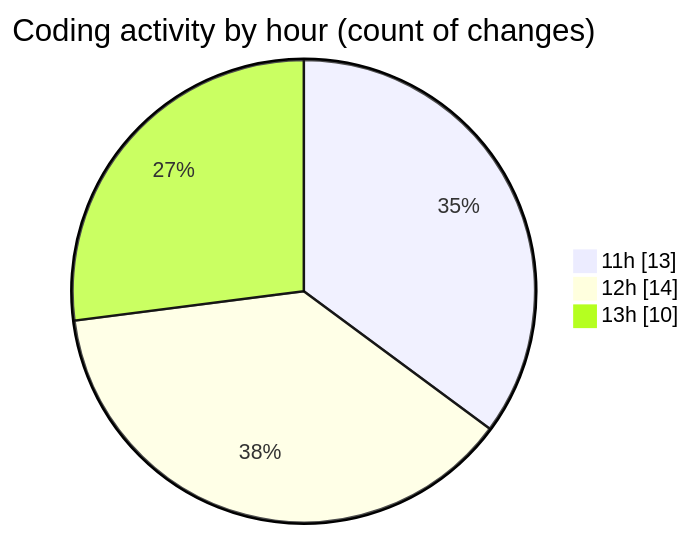
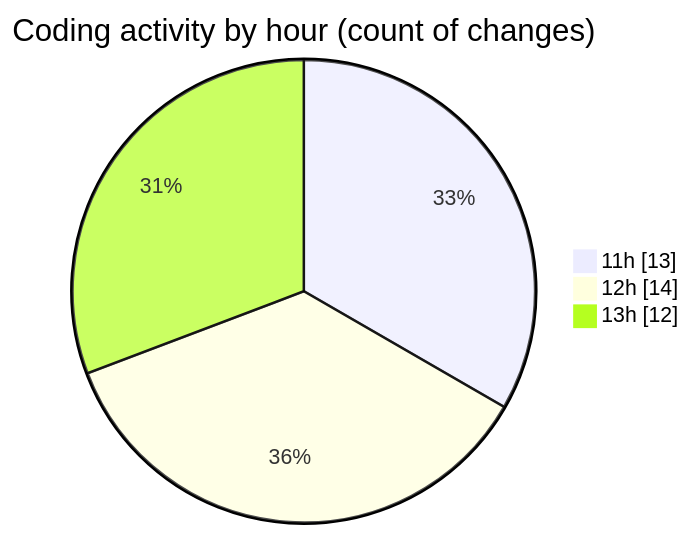
One commit to nxtqubesakshisongat/code-tracking changed the second of 2 diagrams in 2025-12-29/nxtqube_webapp/README.md. Above: the diagram before and after it, drawn with Mermaid. The commit also changed other lines of this file and 1 other file, not shown here.

````diff
--- a/2025-12-29/nxtqube_webapp/README.md
+++ b/2025-12-29/nxtqube_webapp/README.md
@@ -29,7 +29,7 @@
 ```mermaid
 pie showData
 title Coding activity by hour (count of changes)
 "11h" : 13
 "12h" : 14
-"13h" : 10
+"13h" : 12
 ```
````
